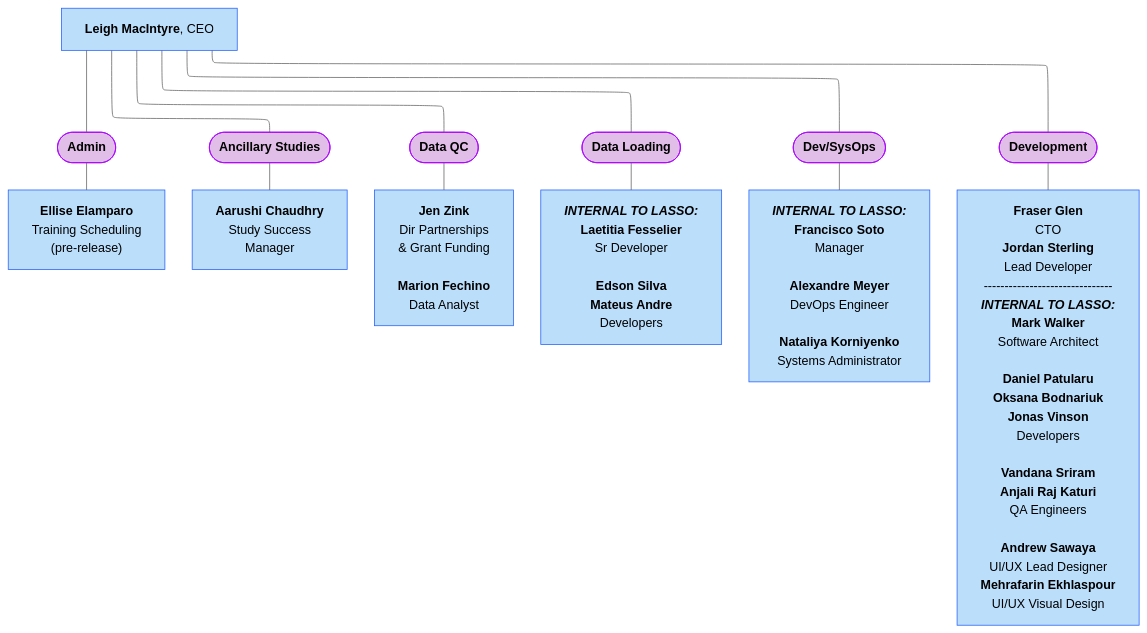
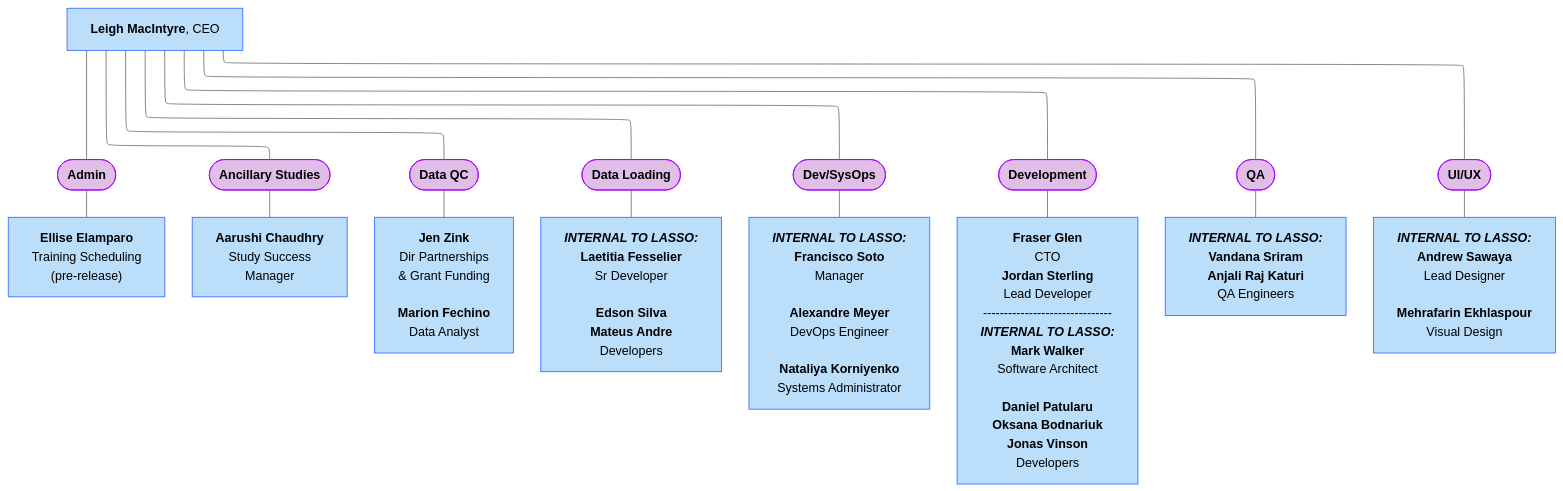
Before and after one commit to DCAN-Labs/hbcd-docs-internal: the fourth of 11 diagrams in docs/orgcharts.md, drawn with Mermaid (neutral theme).

Commit message:
update lasso

````diff
--- a/docs/orgcharts.md
+++ b/docs/orgcharts.md
@@ -182,35 +182,43 @@
 ```mermaid
 ---
 config:
   layout: elk
 ---
 flowchart TB
     B(["<b>Admin</b>"]) --- n5["<b>Ellise Elamparo</b><br>Training Scheduling<br>(pre-release)"]
     n1(["<b>Ancillary Studies</b>"]) --- n6["<b>Aarushi Chaudhry<br></b>Study Success<br>Manager"]
     n2(["<b>Data QC</b>"]) --- n7["<b>Jen Zink<br></b>Dir Partnerships<br>&amp; Grant Funding<br><br><b>Marion Fechino</b><br>Data Analyst"]
     n4(["<b>Data Loading</b>"]) --- n9["<b><i>INTERNAL TO LASSO:</i></b><br><b>Laetitia Fesselier</b><br>Sr Developer<br>
     <b>Edson Silva</b><br><b>Mateus Andre</b><br>Developers"]
     n23(["<b>Dev/SysOps</b>"]) --- n24["<b><i>INTERNAL TO LASSO:</i><br>Francisco Soto</b><br>Manager<br>
     <b>Alexandre Meyer</b><br>DevOps Engineer<br><br><b>Nataliya Korniyenko<br></b>Systems Administrator"]
     n22(["<b>Development</b>"]) --- n26["<b>Fraser Glen<br></b>CTO<br><b>Jordan Sterling<br></b>Lead Developer
     -------------------------------
     <b><i>INTERNAL TO LASSO:</i>
     Mark Walker</b><br>Software Architect<br>
-    <b>Daniel Patularu</b><br><b>Oksana Bodnariuk<br>Jonas Vinson<br></b>Developers<br>
-    <b>Vandana Sriram</b><br><b>Anjali Raj Katuri<br></b>QA Engineers<br>
-    <b>Andrew Sawaya</b><br>UI/UX Lead Designer<br><b>Mehrafarin Ekhlaspour</b><br>UI/UX Visual Design"]
+    <b>Daniel Patularu</b><br><b>Oksana Bodnariuk<br>Jonas Vinson<br></b>Developers"]
     A["<b>Leigh MacIntyre</b>, CEO"] --- n22 & n23 & n2 & B & n4 & n1
+    A --- n27(["<b>QA</b>"]) & n29(["<b>UI/UX</b>"])
+    n27 --- n28["<b><i>INTERNAL TO LASSO:</i></b>
+    <b>Vandana Sriram</b><br><b>Anjali Raj Katuri<br></b>QA Engineers"]
+    n29 --- n30["<b><i>INTERNAL TO LASSO:</i></b>
+    <b>Andrew Sawaya</b><br>Lead Designer<br>
+    <b>Mehrafarin Ekhlaspour</b><br>Visual Design"]
     style B fill:#E1BEE7,stroke:#AA00FF
     style n5 fill:#BBDEFB,stroke:#2962FF
     style n1 fill:#E1BEE7,stroke:#AA00FF
     style n6 fill:#BBDEFB,stroke:#2962FF
     style n2 fill:#E1BEE7,stroke:#AA00FF
     style n7 fill:#BBDEFB,stroke:#2962FF
     style n4 fill:#E1BEE7,stroke:#AA00FF
     style n9 fill:#BBDEFB,stroke:#2962FF
     style n23 fill:#E1BEE7,stroke:#AA00FF
     style n24 fill:#BBDEFB,stroke:#2962FF
     style n22 fill:#E1BEE7,stroke:#AA00FF
     style n26 fill:#BBDEFB,stroke:#2962FF
     style A fill:#BBDEFB,stroke:#2962FF
+    style n27 fill:#E1BEE7,stroke:#AA00FF
+    style n29 fill:#E1BEE7,stroke:#AA00FF
+    style n28 fill:#BBDEFB,stroke:#2962FF
+    style n30 fill:#BBDEFB,stroke:#2962FF
 ```
````
